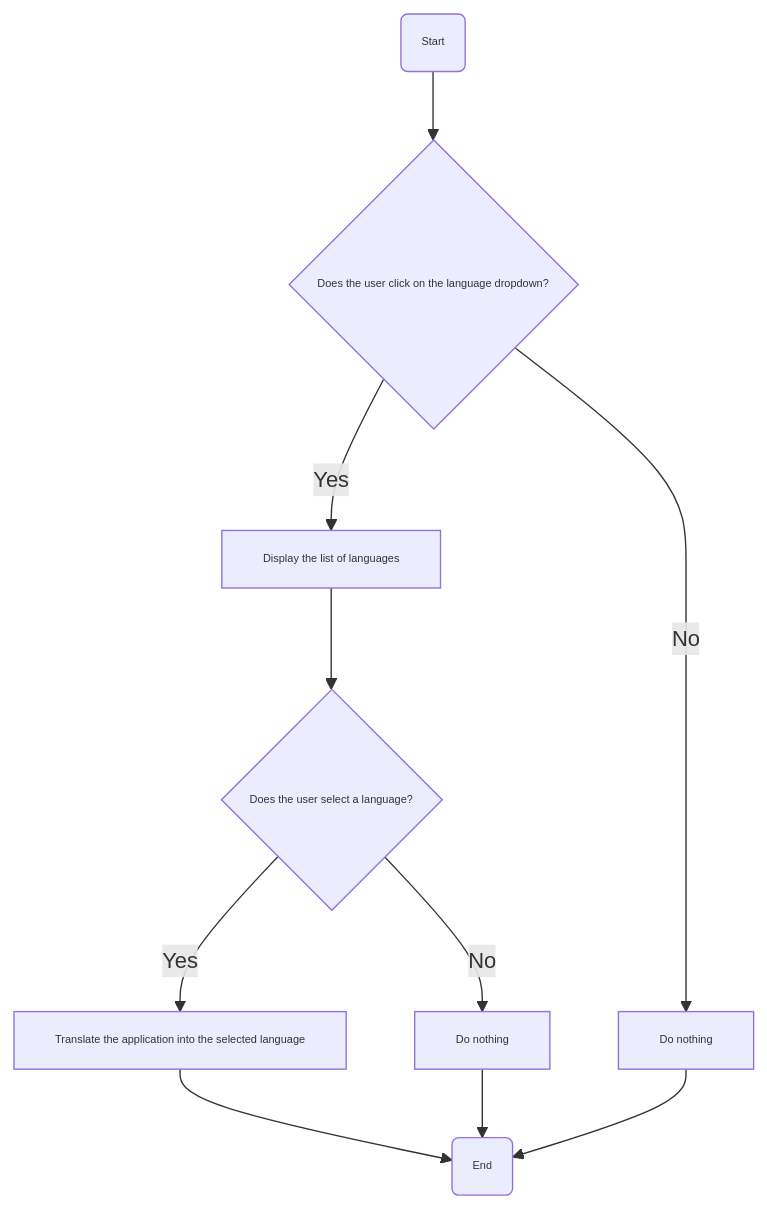
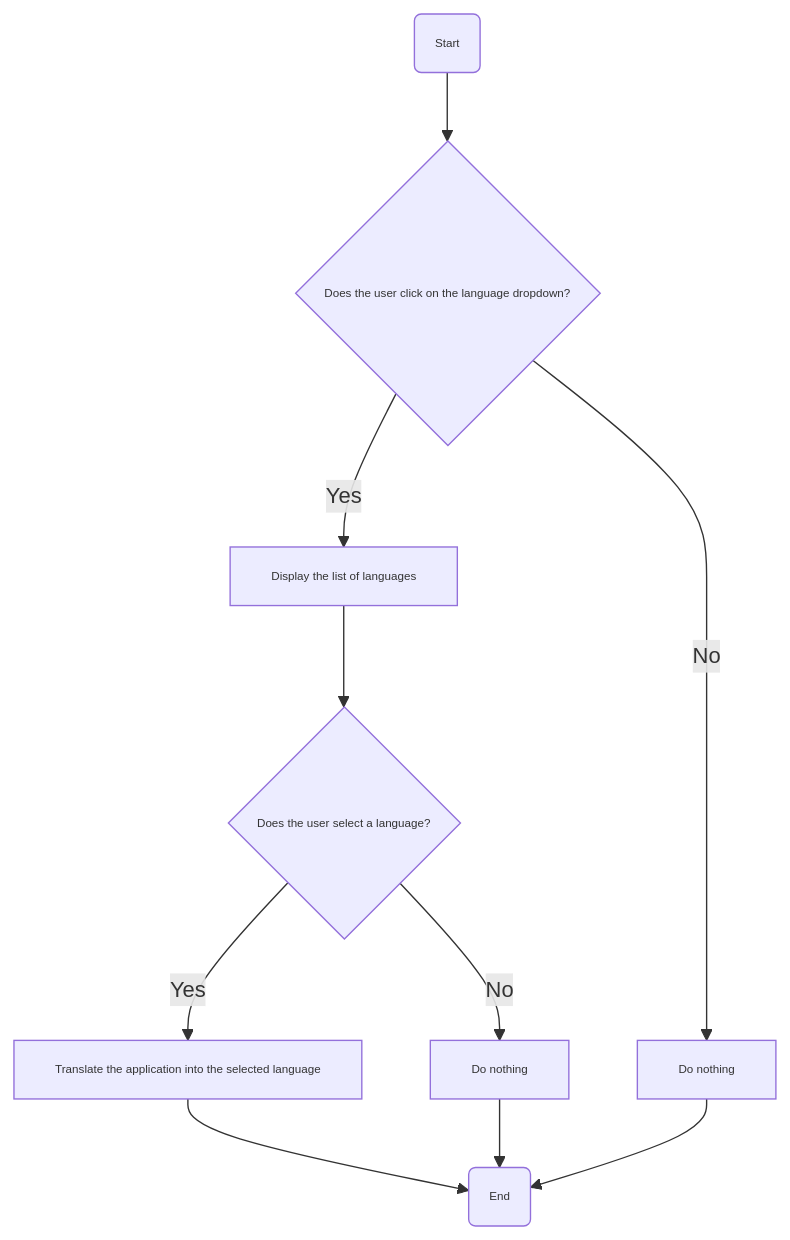
Before and after one commit to algosup/2024-2025-project-5-bubble-intermarche-team-2: diagram 11 of 11 in Documents/Technical/technical_specifications.md, drawn with Mermaid. The commit also changed other lines of this file, not shown here.

````diff
--- a/Documents/Technical/technical_specifications.md
+++ b/Documents/Technical/technical_specifications.md
@@ -506,13 +499,13 @@
 ```mermaid
 graph TD
     A(Start) --> B{Does the user click on the language dropdown?}
     B -->|Yes| C[Display the list of languages]
     B -->|No| D[Do nothing]
     C --> E{Does the user select a language?}
     E -->|Yes| F[Translate the application into the selected language]
     E -->|No| G[Do nothing]
     F --> H(End)
     D --> H
     G --> H
-    classDef default font-size:8px;
+    classDef default font-size:8.5px;
 ```
````
